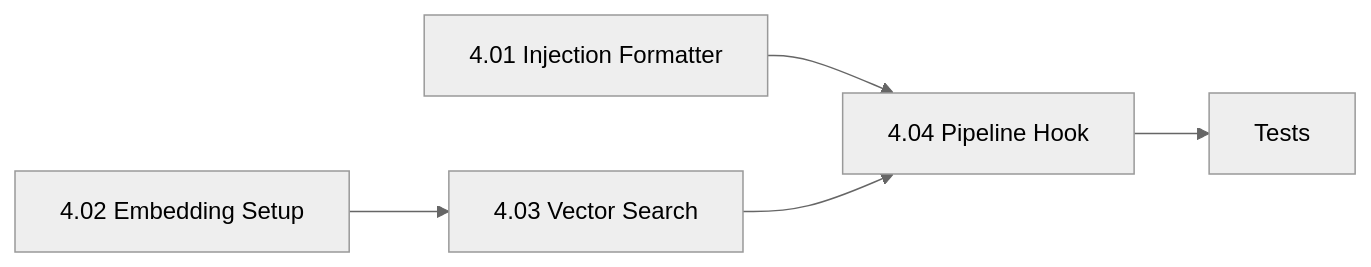
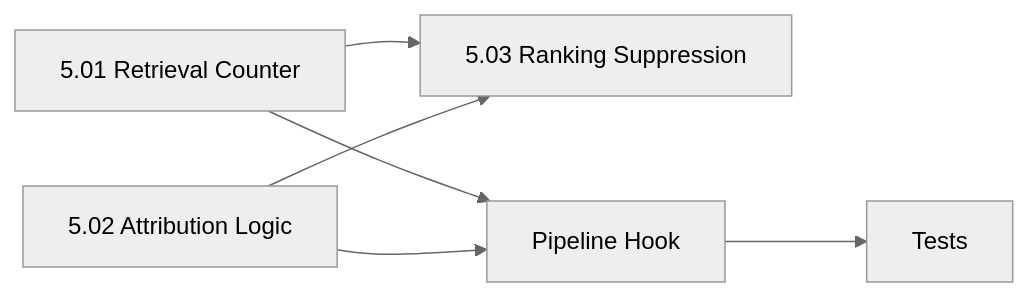
The diagram in plans/plan.md (gpanula/local-ai), drawn with Mermaid (neutral theme) before and after one commit. The commit also changed other lines of this file and 8 other files, not shown here.

First line of the commit message:
✨ [memory]: add Phase 5 retrieval telemetry & attribution

````diff
--- a/plans/plan.md
+++ b/plans/plan.md
@@ -101,7 +88,8 @@
 ```mermaid
 flowchart LR
-    A[4.01 Injection Formatter] --> D[4.04 Pipeline Hook]
-    B[4.02 Embedding Setup] --> C[4.03 Vector Search]
-    C --> D
+    A[5.01 Retrieval Counter] --> C[5.03 Ranking Suppression]
+    B[5.02 Attribution Logic] --> C
+    A --> D[Pipeline Hook]
+    B --> D
     D --> E[Tests]
 ```
````
